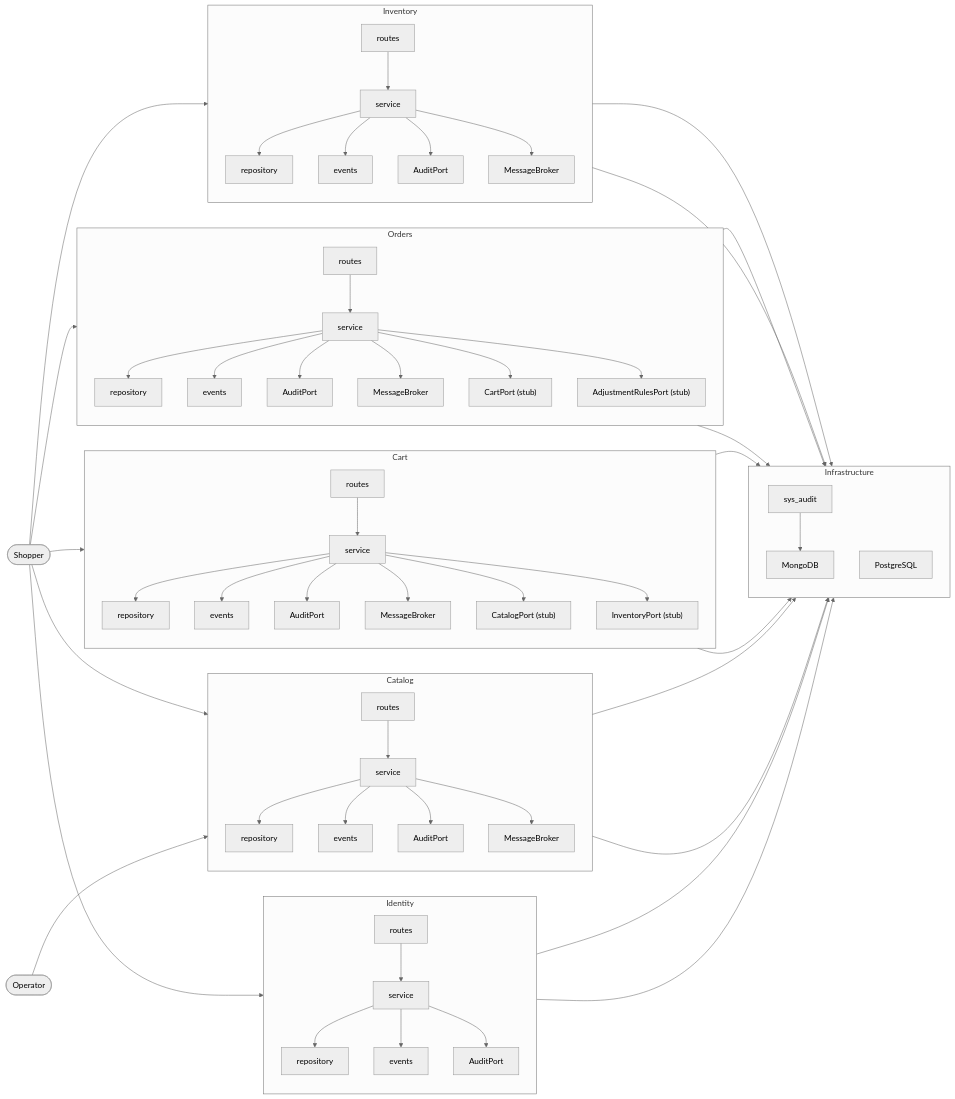
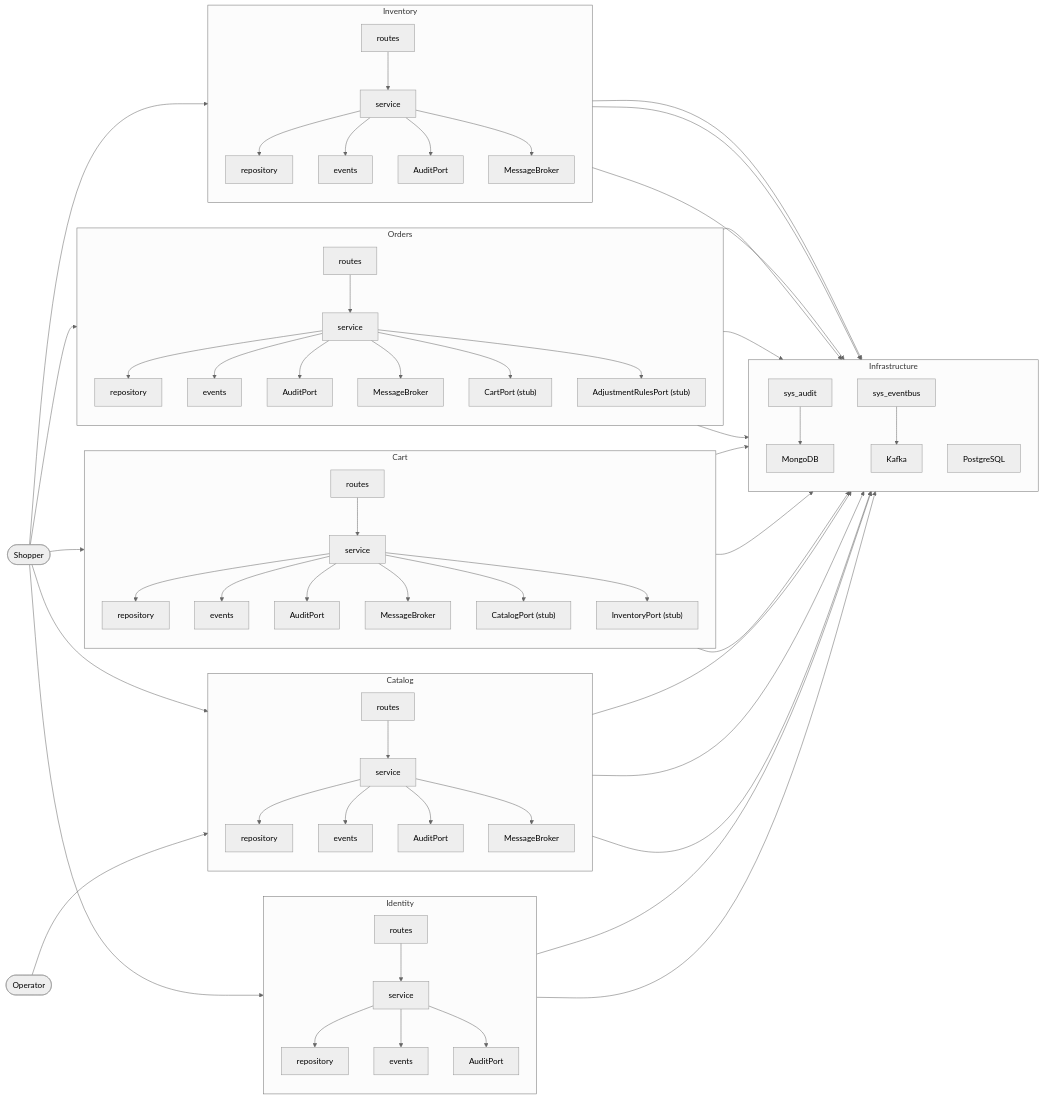
Before and after one commit to camercadop/ai-commerce-platform: the third of 3 diagrams in docs/architecture.md, drawn with Mermaid (neutral theme). The commit also changed other lines of this file and 36 other files, not shown here.

```diff
--- a/docs/architecture.md
+++ b/docs/architecture.md
@@ -141,6 +151,7 @@
     subgraph infra ["Infrastructure"]
         direction TB
         sys_audit["sys_audit"] --> mongo["MongoDB"]
+        sys_eventbus["sys_eventbus"] --> kafka["Kafka"]
         postgres["PostgreSQL"]
     end
 
@@ -157,6 +168,11 @@
     ord_audit --> sys_audit
     inv_audit --> sys_audit
 
+    cat_broker --> sys_eventbus
+    cart_broker --> sys_eventbus
+    ord_broker --> sys_eventbus
+    inv_broker --> sys_eventbus
+
     id_repo --> postgres
     cat_repo --> postgres
     cart_repo --> postgres
```
